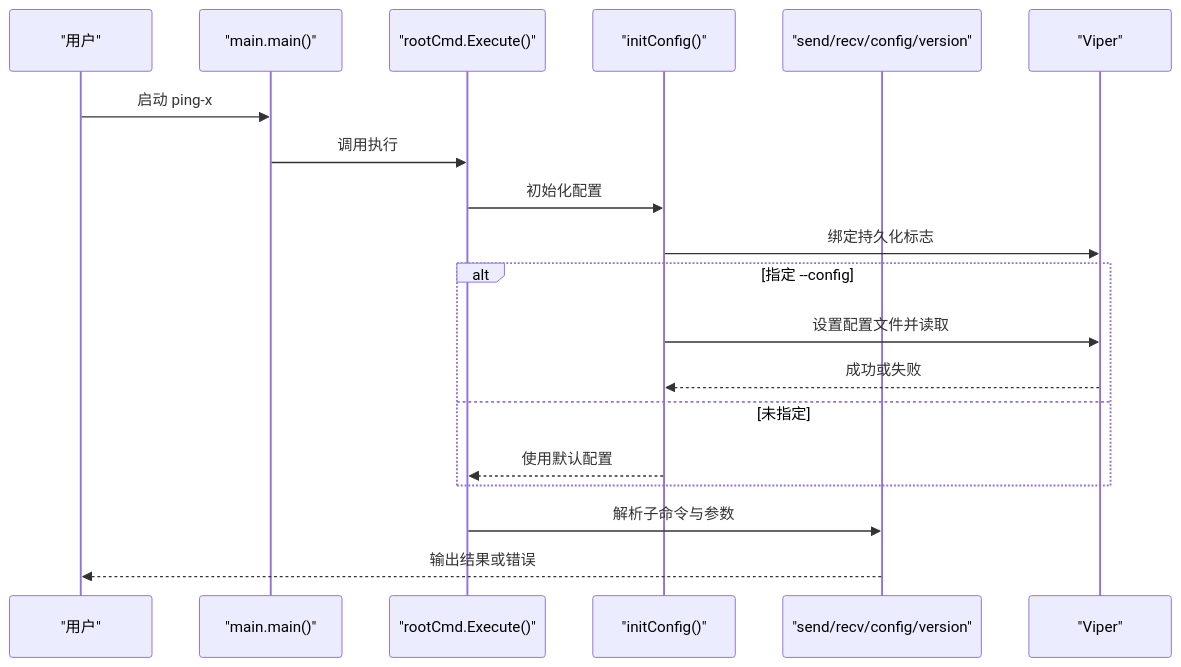
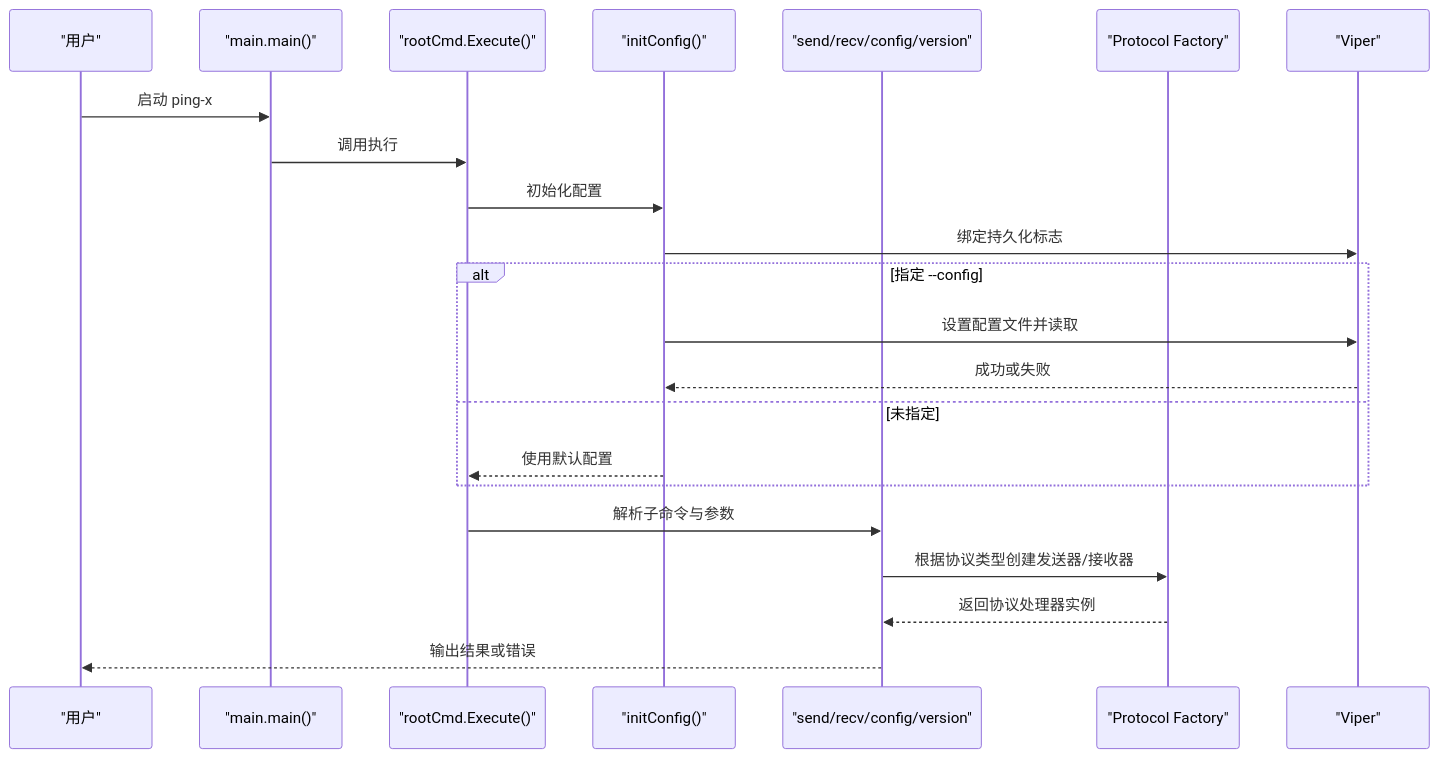
The second of 3 diagrams in .qoder/repowiki/zh/content/CLI 命令参考.md (yanzhen74/ping-x), drawn with Mermaid before and after one commit. The commit also changed other lines of this file and 16 other files, not shown here.

````diff
--- a/.qoder/repowiki/zh/content/CLI 命令参考.md
+++ b/.qoder/repowiki/zh/content/CLI 命令参考.md
@@ -81,21 +109,24 @@
 ```mermaid
 sequenceDiagram
 participant U as "用户"
 participant M as "main.main()"
 participant R as "rootCmd.Execute()"
 participant I as "initConfig()"
 participant S as "send/recv/config/version"
+participant P as "Protocol Factory"
 participant V as "Viper"
 U->>M : 启动 ping-x
 M->>R : 调用执行
 R->>I : 初始化配置
 I->>V : 绑定持久化标志
 alt 指定 --config
 I->>V : 设置配置文件并读取
 V-->>I : 成功或失败
 else 未指定
 I-->>R : 使用默认配置
 end
 R->>S : 解析子命令与参数
+S->>P : 根据协议类型创建发送器/接收器
+P-->>S : 返回协议处理器实例
 S-->>U : 输出结果或错误
 ```
````
